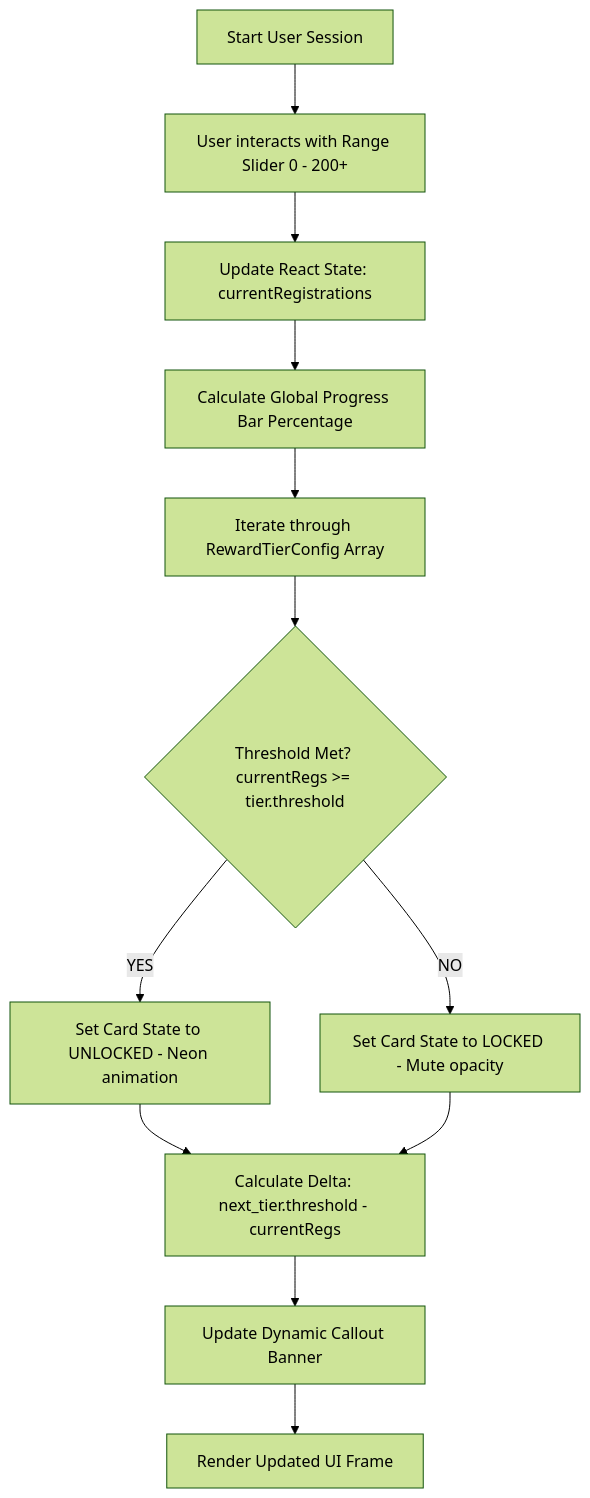
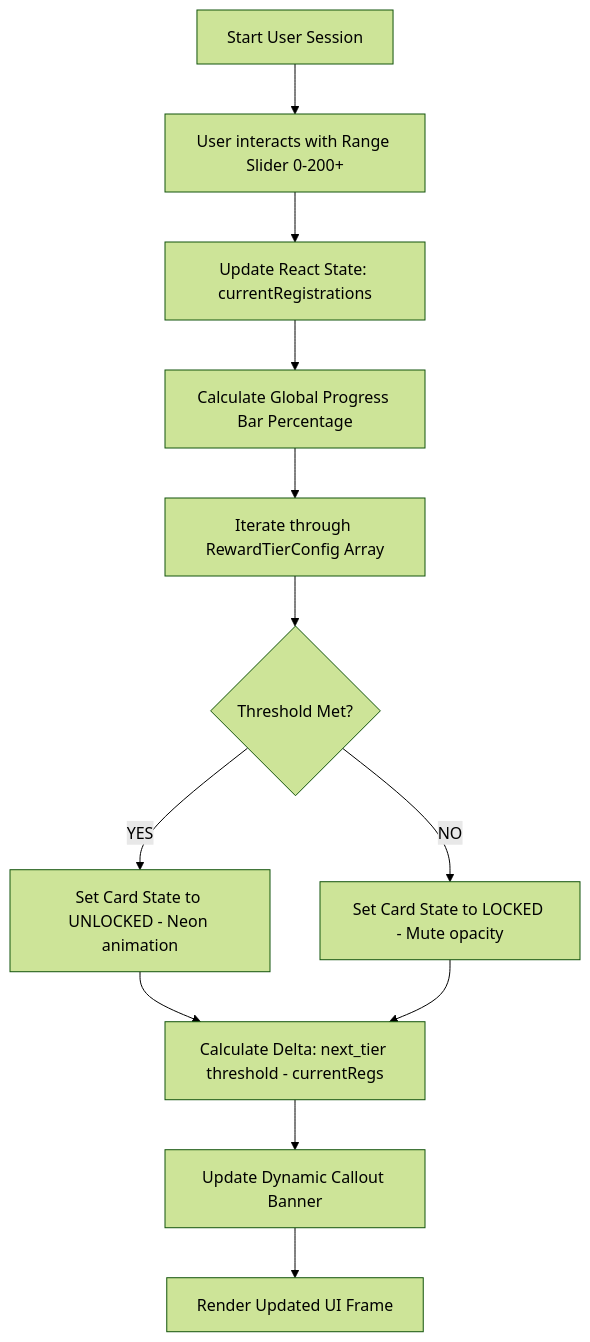
Before and after one commit to nanthitha25/Polygnan_assignment: the third of 4 diagrams in Spec.md, drawn with Mermaid (forest theme). The commit also changed other lines of this file, not shown here.

Commit message:
fix: update diagrams with ASCII blocks and compatible Mermaid syntax for clean rendering

````diff
--- a/Spec.md
+++ b/Spec.md
@@ -171,14 +227,14 @@
 ```mermaid
-flowchart TD
-    A[Start User Session] --> B[User interacts with Range Slider 0 - 200+]
+graph TD
+    A[Start User Session] --> B[User interacts with Range Slider 0-200+]
     B --> C[Update React State: currentRegistrations]
     C --> D[Calculate Global Progress Bar Percentage]
     D --> E[Iterate through RewardTierConfig Array]
-    E --> F{Threshold Met? currentRegs >= tier.threshold}
-    F -- YES --> G[Set Card State to UNLOCKED - Neon animation]
-    F -- NO --> H[Set Card State to LOCKED - Mute opacity]
-    G --> I[Calculate Delta: next_tier.threshold - currentRegs]
+    E --> F{Threshold Met?}
+    F -->|YES| G[Set Card State to UNLOCKED - Neon animation]
+    F -->|NO| H[Set Card State to LOCKED - Mute opacity]
+    G --> I[Calculate Delta: next_tier threshold - currentRegs]
     H --> I
     I --> J[Update Dynamic Callout Banner]
     J --> K[Render Updated UI Frame]
 ```
````
